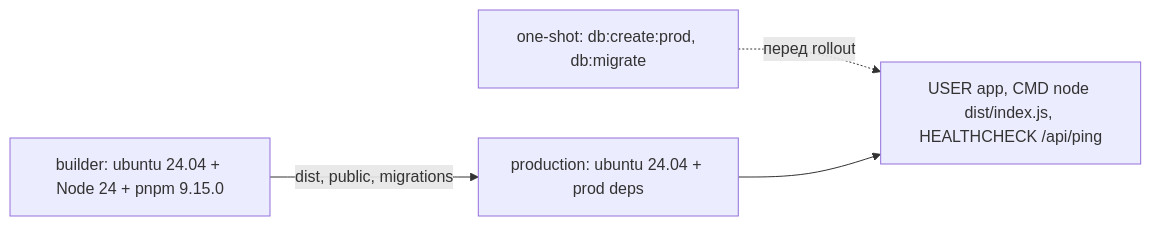
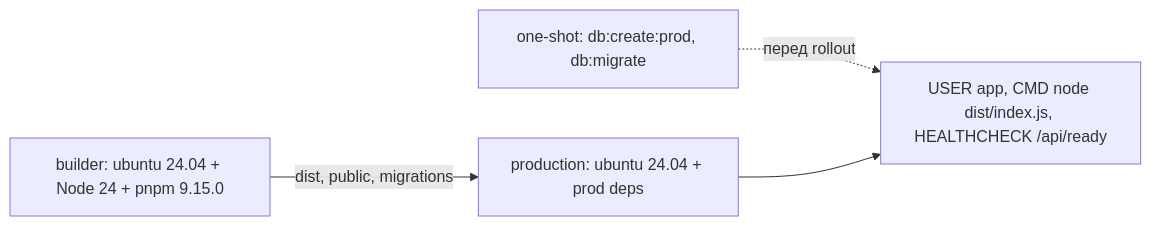
The diagram in documentation/backend/deployment.md (Blazheiko/itvibe-template), drawn with Mermaid before and after one commit. The commit also changed 32 other files, not shown here.

````diff
--- a/documentation/backend/deployment.md
+++ b/documentation/backend/deployment.md
@@ -45,6 +45,6 @@
 ```mermaid
 flowchart LR
   A[builder: ubuntu 24.04 + Node 24 + pnpm 9.15.0] -->|dist, public, migrations| B[production: ubuntu 24.04 + prod deps]
   M[one-shot: db:create:prod, db:migrate] -.->|перед rollout| C
-  B --> C[USER app, CMD node dist/index.js, HEALTHCHECK /api/ping]
+  B --> C[USER app, CMD node dist/index.js, HEALTHCHECK /api/ready]
 ```
````
